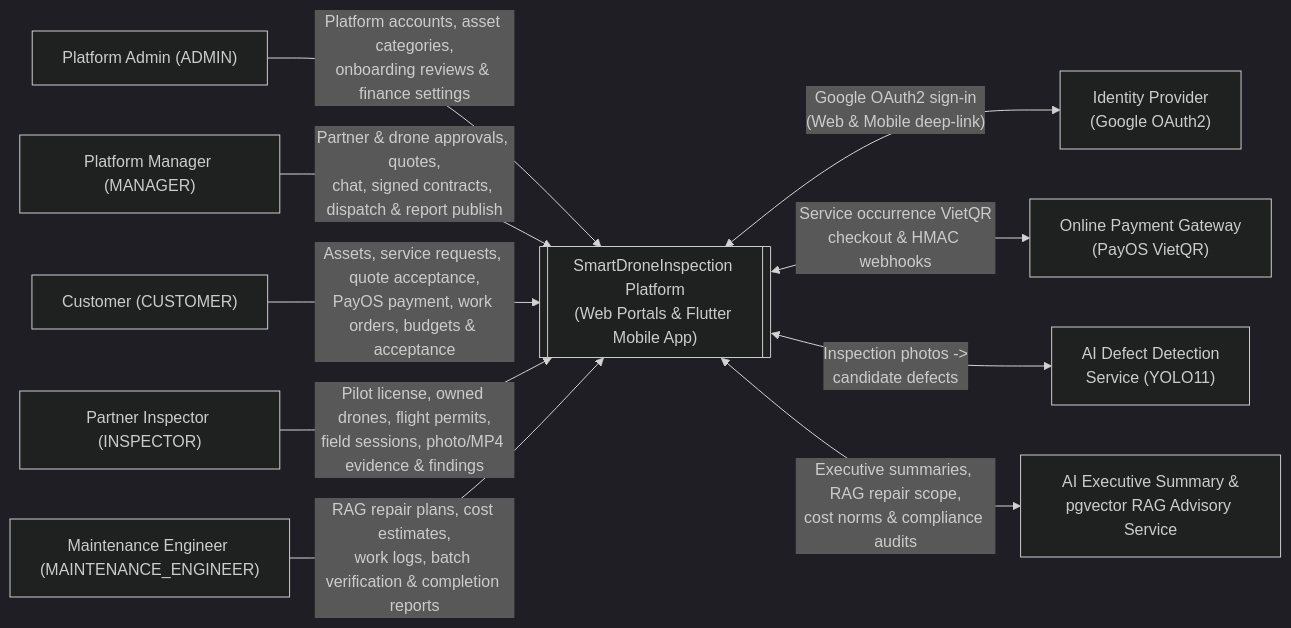
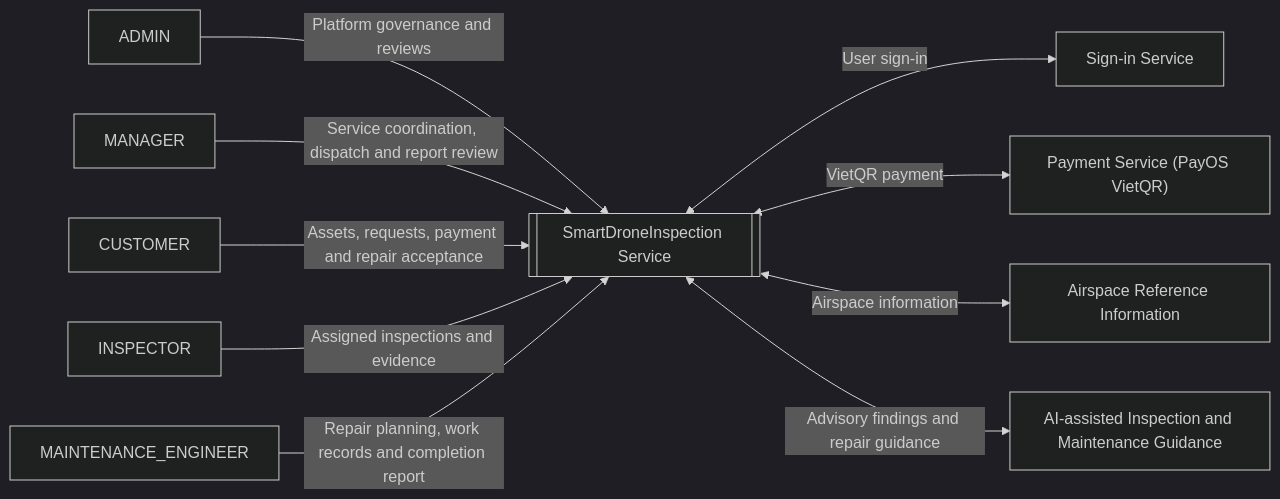
The diagram in reports/report-3-software-requirement-specification/01-overall-description.md (tungbach12/SmartDroneInspection-Docs), drawn with Mermaid (dark theme) before and after one commit. The commit also changed other lines of this file and 30 other files, not shown here.

````diff
--- a/reports/report-3-software-requirement-specification/01-overall-description.md
+++ b/reports/report-3-software-requirement-specification/01-overall-description.md
@@ -14,41 +14,26 @@
 ```mermaid
 %% title: System Context Diagram
 flowchart LR
-  PA["Platform Admin (ADMIN)"]
-  PM["Platform Manager (MANAGER)"]
-  CU["Customer (CUSTOMER)"]
-  IN["Partner Inspector (INSPECTOR)"]
-  ME["Maintenance Engineer (MAINTENANCE_ENGINEER)"]
+  ADMIN["ADMIN"]
+  MANAGER["MANAGER"]
+  CUSTOMER["CUSTOMER"]
+  INSPECTOR["INSPECTOR"]
+  ENGINEER["MAINTENANCE_ENGINEER"]
 
-  SDI[["SmartDroneInspection Platform
-(Web Portals & Flutter Mobile App)"]]
+  SDI[["SmartDroneInspection Service"]]
+  IDENTITY["Sign-in Service"]
+  PAYMENT["Payment Service (PayOS VietQR)"]
+  AIRSPACE["Airspace Reference Information"]
+  AI["AI-assisted Inspection and Maintenance Guidance"]
 
-  PAYOS["Online Payment Gateway
-(PayOS VietQR)"]
-  OAUTH["Identity Provider
-(Google OAuth2)"]
-  YOLO["AI Defect Detection
-Service (YOLO11)"]
-  LLM["AI Executive Summary &
-pgvector RAG Advisory Service"]
+  ADMIN -->|"Platform governance and reviews"| SDI
+  MANAGER -->|"Service coordination, dispatch and report review"| SDI
+  CUSTOMER -->|"Assets, requests, payment and repair acceptance"| SDI
+  INSPECTOR -->|"Assigned inspections and evidence"| SDI
+  ENGINEER -->|"Repair planning, work records and completion report"| SDI
 
-  PA -->|"Platform accounts, asset categories,
-onboarding reviews & finance settings"| SDI
-  PM -->|"Partner & drone approvals, quotes,
-chat, signed contracts, dispatch & report publish"| SDI
-  CU -->|"Assets, service requests, quote acceptance,
-PayOS payment, work orders, budgets & acceptance"| SDI
-  IN -->|"Pilot license, owned drones, flight permits,
-field sessions, photo/MP4 evidence & findings"| SDI
-  ME -->|"RAG repair plans, cost estimates,
-work logs, batch verification & completion reports"| SDI
-
-  SDI <-->|"Google OAuth2 sign-in
-(Web & Mobile deep-link)"| OAUTH
-  SDI <-->|"Service occurrence VietQR
-checkout & HMAC webhooks"| PAYOS
-  SDI <-->|"Inspection photos ->
-candidate defects"| YOLO
-  SDI <-->|"Executive summaries, RAG repair scope,
-cost norms & compliance audits"| LLM
+  SDI <-->|"User sign-in"| IDENTITY
+  SDI <-->|"VietQR payment"| PAYMENT
+  SDI <-->|"Airspace information"| AIRSPACE
+  SDI <-->|"Advisory findings and repair guidance"| AI
 ```
````
